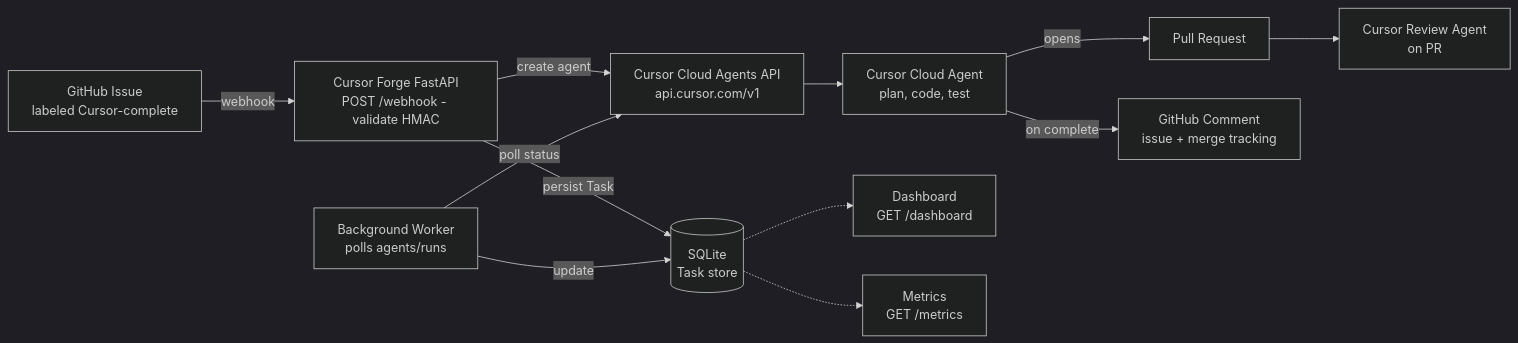
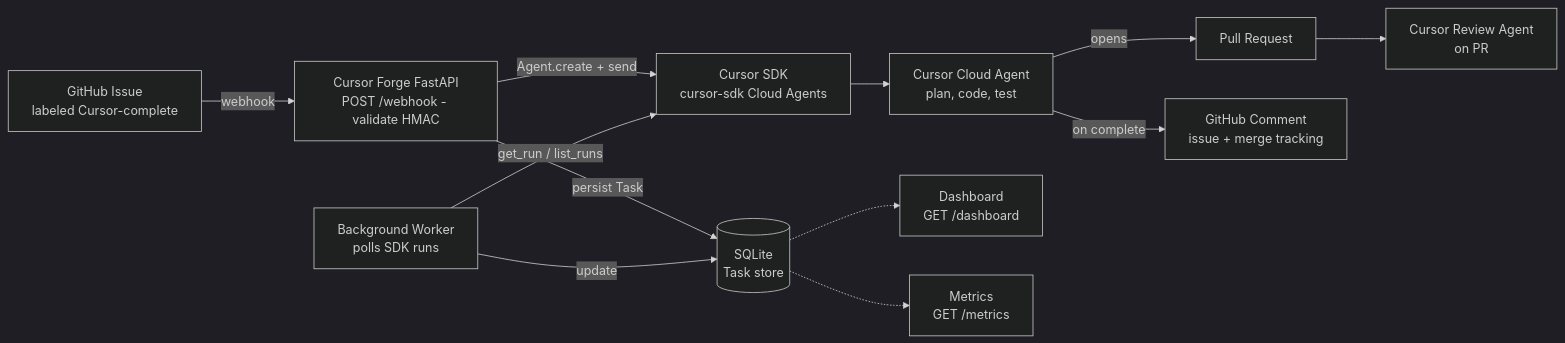
One commit to jan21deepak/droid_ai_engineer changed the diagram in README.md. Above: the diagram before and after it, drawn with Mermaid (dark theme). The commit also changed other lines of this file and 8 other files, not shown here.

Commit message:
Replace Cursor REST client with official cursor-sdk end to end.

````diff
--- a/README.md
+++ b/README.md
@@ -24,26 +24,26 @@
 ```mermaid
 flowchart LR
     ISSUE["GitHub Issue<br/>labeled Cursor-complete"]
     WEBHOOK["Cursor Forge FastAPI<br/>POST /webhook - validate HMAC"]
     DB[("SQLite<br/>Task store")]
-    API["Cursor Cloud Agents API<br/>api.cursor.com/v1"]
+    API["Cursor SDK<br/>cursor-sdk Cloud Agents"]
     SESSION["Cursor Cloud Agent<br/>plan, code, test"]
-    WORKER["Background Worker<br/>polls agents/runs"]
+    WORKER["Background Worker<br/>polls SDK runs"]
     PR["Pull Request"]
     REVIEW["Cursor Review Agent<br/>on PR"]
     COMMENT["GitHub Comment<br/>issue + merge tracking"]
     DASH["Dashboard<br/>GET /dashboard"]
     METRICS["Metrics<br/>GET /metrics"]
 
     ISSUE -->|"webhook"| WEBHOOK
     WEBHOOK -->|"persist Task"| DB
-    WEBHOOK -->|"create agent"| API
+    WEBHOOK -->|"Agent.create + send"| API
     API --> SESSION
     SESSION -->|"opens"| PR
     PR --> REVIEW
     SESSION -->|"on complete"| COMMENT
-    WORKER -->|"poll status"| API
+    WORKER -->|"get_run / list_runs"| API
     WORKER -->|"update"| DB
     DB -.-> DASH
     DB -.-> METRICS
 ```
````
